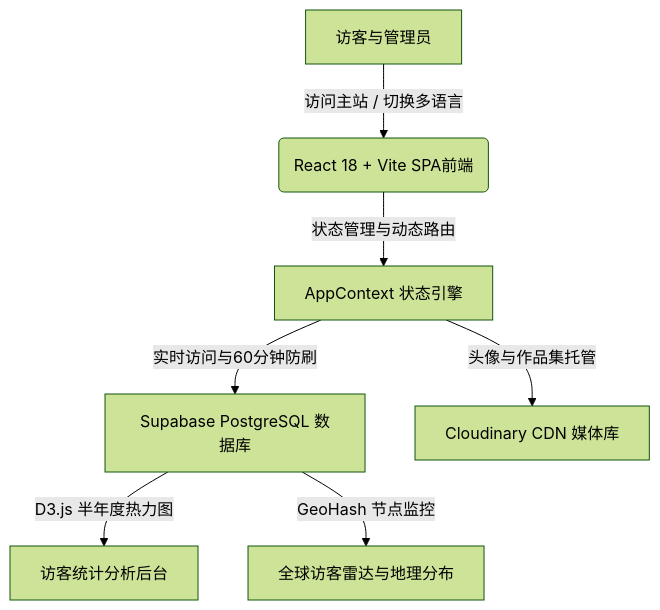
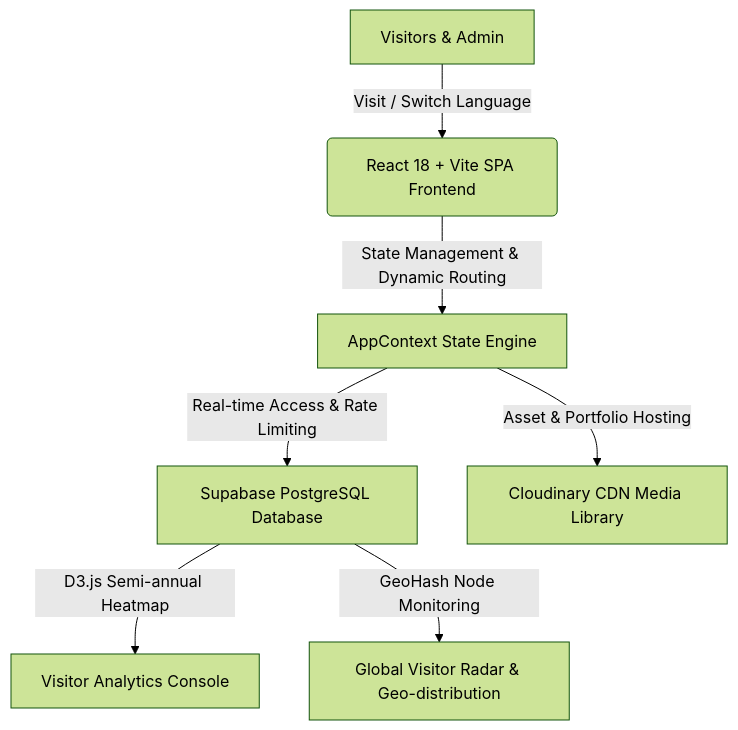
Before and after one commit to adlerdler/Kyvero: the diagram in README.md, drawn with Mermaid (forest theme). The commit also changed other lines of this file and 31 other files, not shown here.

First line of the commit message:
chore: migrate server architecture to Hono

````diff
--- a/README.md
+++ b/README.md
@@ -21,9 +23,9 @@
 ```mermaid
 graph TD
-    A[访客与管理员] -->|访问主站 / 切换多语言| B(React 18 + Vite SPA前端)
-    B -->|状态管理与动态路由| C[AppContext 状态引擎]
-    C -->|实时访问与60分钟防刷| D[Supabase PostgreSQL 数据库]
-    C -->|头像与作品集托管| E[Cloudinary CDN 媒体库]
-    D -->|D3.js 半年度热力图| F[访客统计分析后台]
-    D -->|GeoHash 节点监控| G[全球访客雷达与地理分布]
+    A[Visitors & Admin] -->|Visit / Switch Language| B(React 18 + Vite SPA Frontend)
+    B -->|State Management & Dynamic Routing| C[AppContext State Engine]
+    C -->|Real-time Access & Rate Limiting| D[Supabase PostgreSQL Database]
+    C -->|Asset & Portfolio Hosting| E[Cloudinary CDN Media Library]
+    D -->|D3.js Semi-annual Heatmap| F[Visitor Analytics Console]
+    D -->|GeoHash Node Monitoring| G[Global Visitor Radar & Geo-distribution]
 ```
````
